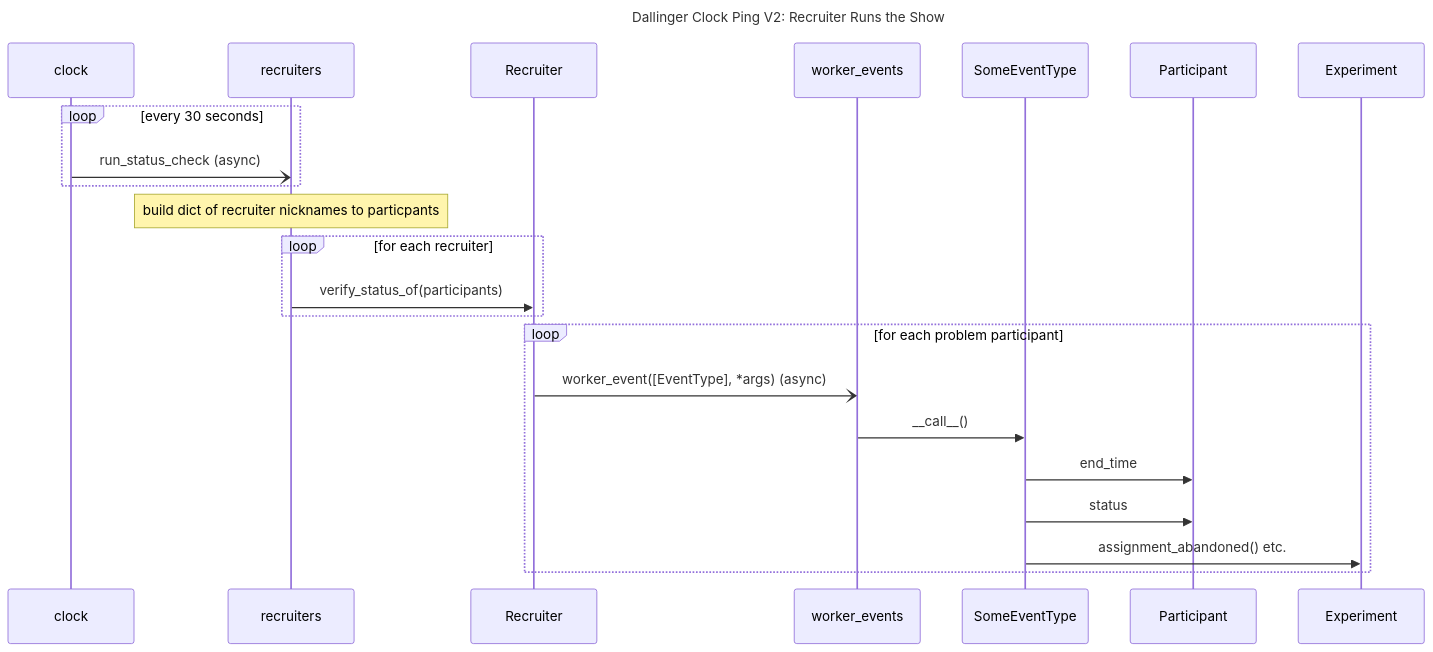
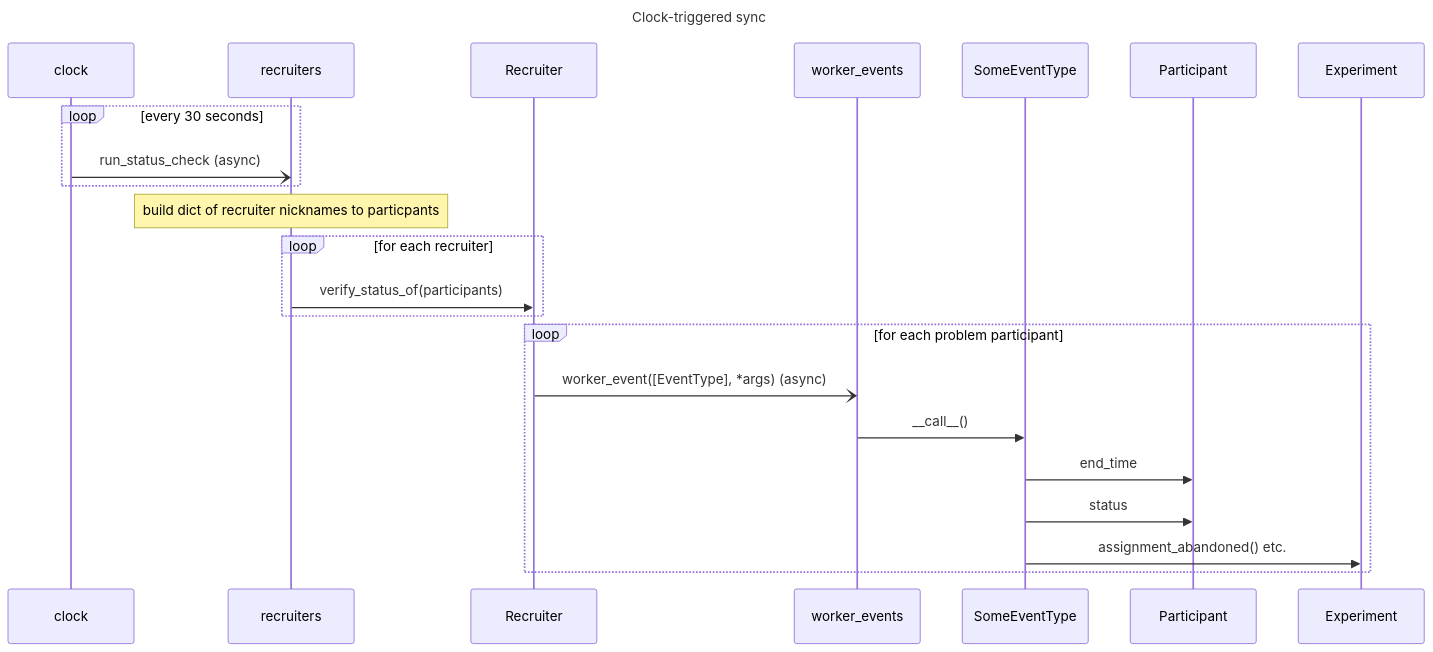
One commit to Dallinger/Dallinger changed the first of 2 diagrams in docs/diagrams/participant_status_sync.md. Above: the diagram before and after it, drawn with Mermaid. The commit also changed other lines of this file, not shown here.

Commit message:
Update diagrams

````diff
--- a/docs/diagrams/participant_status_sync.md
+++ b/docs/diagrams/participant_status_sync.md
@@ -20,29 +20,29 @@
 ```mermaid
 sequenceDiagram
-title Dallinger Clock Ping V2: Recruiter Runs the Show
+title Clock-triggered sync
 
 participant c as clock
 participant rec_mod as recruiters
 participant rec as Recruiter
 participant w as worker_events
 participant evt as SomeEventType
 participant part as Participant
 participant ex as Experiment
 
 loop every 30 seconds
     c-)rec_mod: run_status_check (async)
 end
 
 Note over rec_mod: build dict of recruiter nicknames to particpants
 loop for each recruiter
     rec_mod->>rec: verify_status_of(participants)
 end
 
 loop for each problem participant
     rec-)w: worker_event([EventType], *args) (async)
     w->>evt: __call__()
     evt->>part: end_time
     evt->>part: status
     evt->>ex: assignment_abandoned() etc.
 end
 ```
````
